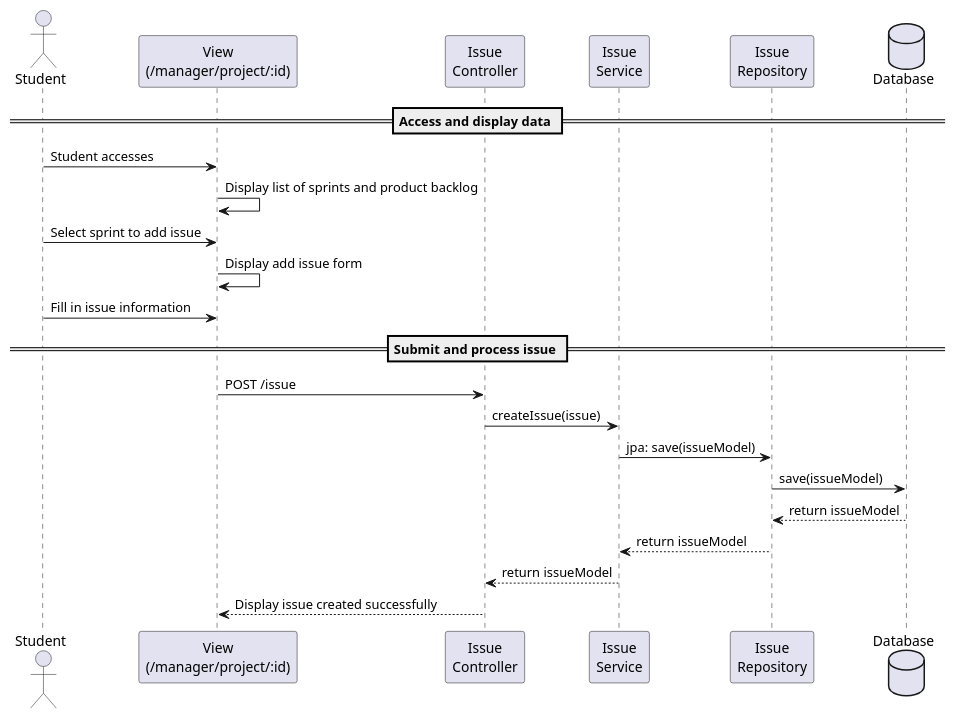
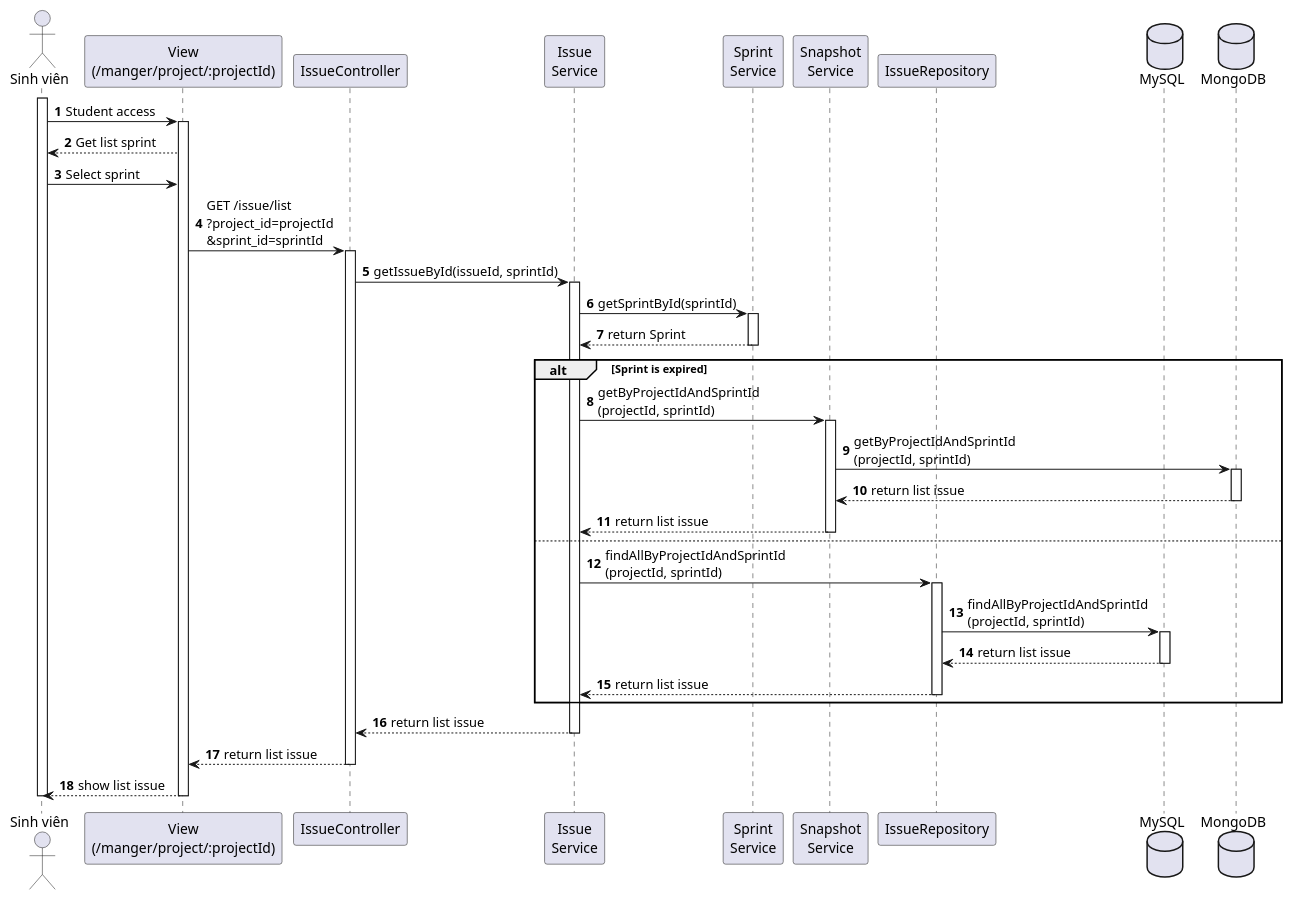
One commit to tandang2003/KLTN-Agile-Scrum-Tuan-Duc changed the diagram in swagger/sequence/student/issue_get_list_by_sprint.puml. Above: the diagram before and after it, drawn with PlantUML. The commit also changed 45 other files, not shown here.

Commit message:
feat: update sequence

```diff
--- a/swagger/sequence/student/issue_get_list_by_sprint.puml
+++ b/swagger/sequence/student/issue_get_list_by_sprint.puml
@@ -1,28 +1,57 @@
 @startuml
-actor "Student" as Student
-participant  "View\n(/manager/project/:id)" as View
-participant "Issue\nController" as Controller
+autonumber
+
+actor "Sinh viên" as SV
+participant "View\n(/manger/project/:projectId)" as View
+participant "IssueController" as Controller
 participant "Issue\nService" as Service
-participant "Issue\nRepository" as Repository
-database Database
+participant "Sprint\nService" as SprintService
+participant "Snapshot\nService" as SnapshotService
+participant "IssueRepository" as Repo
+database "MySQL" as MySQL
+database "MongoDB" as MongoDB
 
-== Access and display data ==
+activate SV
+SV -> View : Student access
 
-Student -> View : Student accesses
-View -> View : Display list of sprints and product backlog
-Student -> View : Select sprint to add issue
-View -> View : Display add issue form
-Student -> View : Fill in issue information
+activate View
+View --> SV : Get list sprint
+SV -> View : Select sprint
+View -> Controller : GET /issue/list\n?project_id=projectId\n&sprint_id=sprintId
 
-== Submit and process issue ==
+activate Controller
+Controller -> Service : getIssueById(issueId, sprintId)
+activate Service
+Service -> SprintService: getSprintById(sprintId)
+activate SprintService
+SprintService --> Service : return Sprint
+deactivate SprintService
 
-View -> Controller : POST /issue
-Controller -> Service : createIssue(issue)
-Service -> Repository : jpa: save(issueModel)
-Repository -> Database : save(issueModel)
-Database --> Repository : return issueModel
-Repository --> Service : return issueModel
-Service --> Controller : return issueModel
-Controller --> View : Display issue created successfully
+alt Sprint is expired
+    Service -> SnapshotService : getByProjectIdAndSprintId\n(projectId, sprintId)
+    activate SnapshotService
+    SnapshotService -> MongoDB: getByProjectIdAndSprintId\n(projectId, sprintId)
+    activate MongoDB
+    MongoDB --> SnapshotService: return list issue
+    deactivate MongoDB
+    SnapshotService --> Service: return list issue
+    deactivate SnapshotService
+else
+    Service -> Repo : findAllByProjectIdAndSprintId\n(projectId, sprintId)
+    activate Repo
+    Repo -> MySQL: findAllByProjectIdAndSprintId\n(projectId, sprintId)
+    activate MySQL
+    MySQL --> Repo: return list issue
+    deactivate MySQL
+    Repo --> Service: return list issue
+    deactivate Repo
+end
 
+Service --> Controller : return list issue
+deactivate Service
+Controller --> View : return list issue
+deactivate Controller
+View --> SV : show list issue
+deactivate View
+deactivate SV
 @enduml
```
